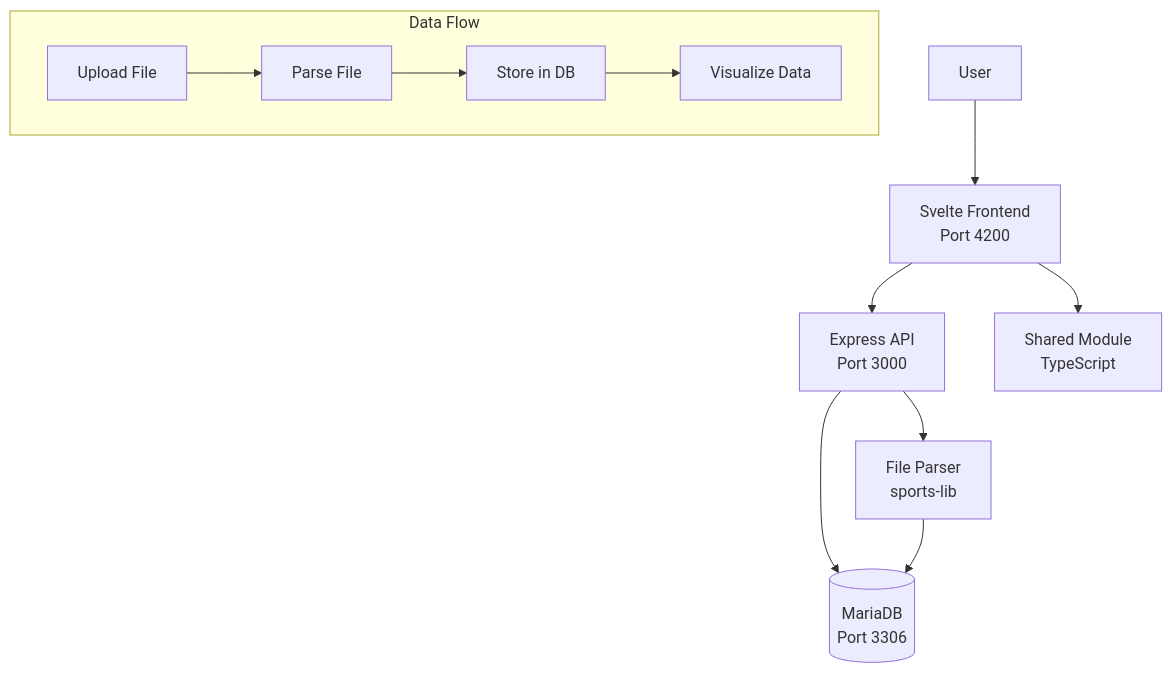
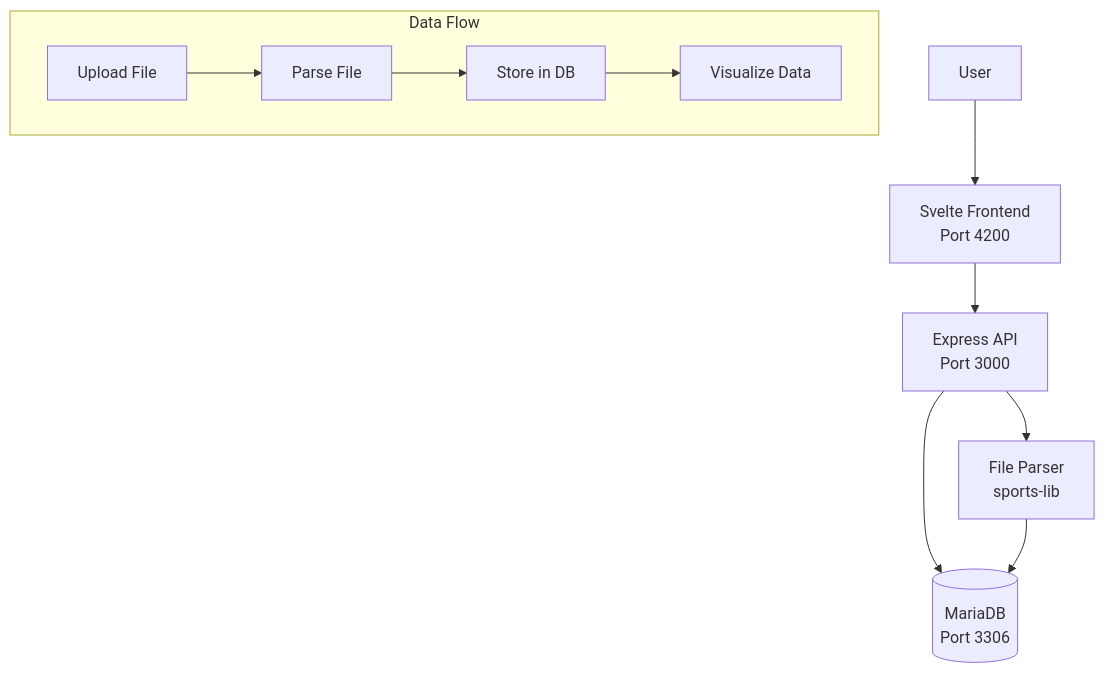
One commit to luispabon/OpenFitLab changed the diagram in README.md. Above: the diagram before and after it, drawn with Mermaid. The commit also changed other lines of this file and 3 other files, not shown here.

````diff
--- a/README.md
+++ b/README.md
@@ -15,15 +15,14 @@
 ```mermaid
 graph TB
     User[User] --> Frontend[Svelte Frontend<br/>Port 4200]
     Frontend --> API[Express API<br/>Port 3000]
     API --> Parser[File Parser<br/>sports-lib]
     API --> DB[(MariaDB<br/>Port 3306)]
     Parser --> DB
-    Frontend --> Shared[Shared Module<br/>TypeScript]
     
     subgraph "Data Flow"
         Upload[Upload File] --> Parse[Parse File]
         Parse --> Store[Store in DB]
         Store --> Visualize[Visualize Data]
     end
 ```
````
